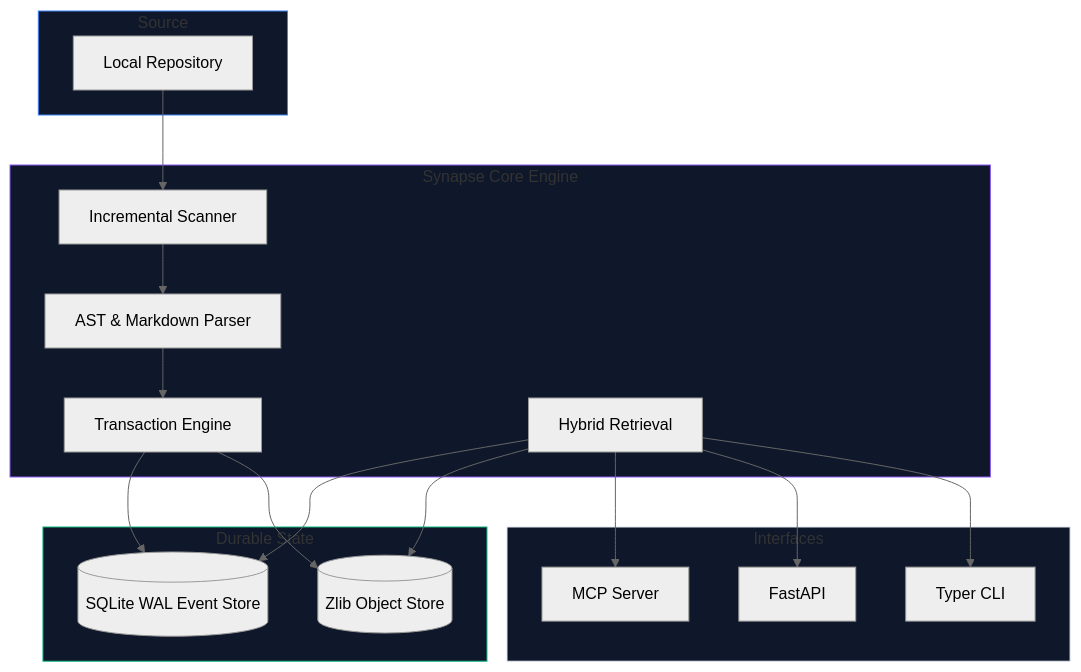
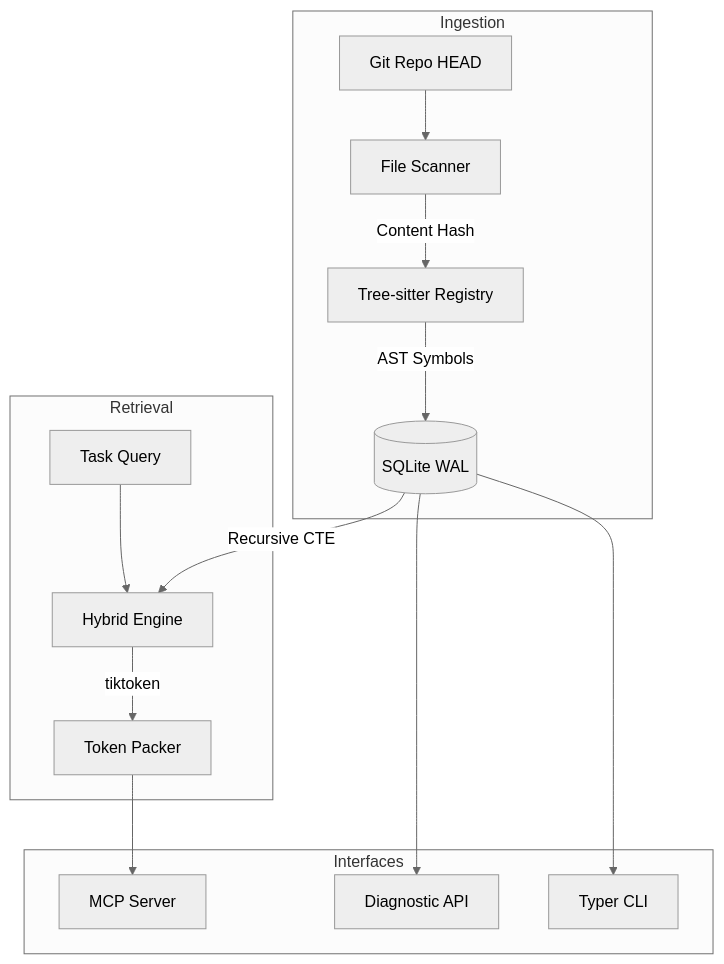
Before and after one commit to saahilpal/synapse: the diagram in ARCHITECTURE.md, drawn with Mermaid (neutral theme). The commit also changed other lines of this file and 110 other files, not shown here.

First line of the commit message:
feat: complete architecture alignment with deterministic context injector

````diff
--- a/ARCHITECTURE.md
+++ b/ARCHITECTURE.md
@@ -11,43 +9,20 @@
 ```mermaid
-flowchart TD
-    subgraph Source["Source"]
-        Repo[Local Repository]
-    end
-    
-    subgraph Synapse["Synapse Core Engine"]
-        Scanner[Incremental Scanner]
-        Parser[AST & Markdown Parser]
-        Engine[Transaction Engine]
-        Retrieve[Hybrid Retrieval]
-    end
-    
-    subgraph Storage["Durable State"]
-        SQLite[(SQLite WAL Event Store)]
-        ObjStore[(Zlib Object Store)]
+graph TD
+    subgraph Ingestion
+        Git[Git Repo HEAD] --> Scanner[File Scanner]
+        Scanner -->|Content Hash| Parser[Tree-sitter Registry]
+        Parser -->|AST Symbols| SQLite[(SQLite WAL)]
     end
 
-    subgraph Interfaces["Interfaces"]
-        MCP[MCP Server]
-        API[FastAPI]
-        CLI[Typer CLI]
+    subgraph Retrieval
+        Query[Task Query] --> Engine[Hybrid Engine]
+        SQLite -->|Recursive CTE| Engine
+        Engine -->|tiktoken| Packer[Token Packer]
     end
-    
-    Repo --> Scanner
-    Scanner --> Parser
-    Parser --> Engine
-    
-    Engine --> SQLite
-    Engine --> ObjStore
-    
-    Retrieve --> SQLite
-    Retrieve --> ObjStore
-    
-    Retrieve --> MCP
-    Retrieve --> API
-    Retrieve --> CLI
-    
-    style Source fill:#0f172a,stroke:#3b82f6
-    style Synapse fill:#0f172a,stroke:#8b5cf6
-    style Storage fill:#0f172a,stroke:#10b981
-    style Interfaces fill:#0f172a,stroke:#e2e8f0
+
+    subgraph Interfaces
+        Packer --> MCP[MCP Server]
+        SQLite --> API[Diagnostic API]
+        SQLite --> CLI[Typer CLI]
+    end
 ```
````
